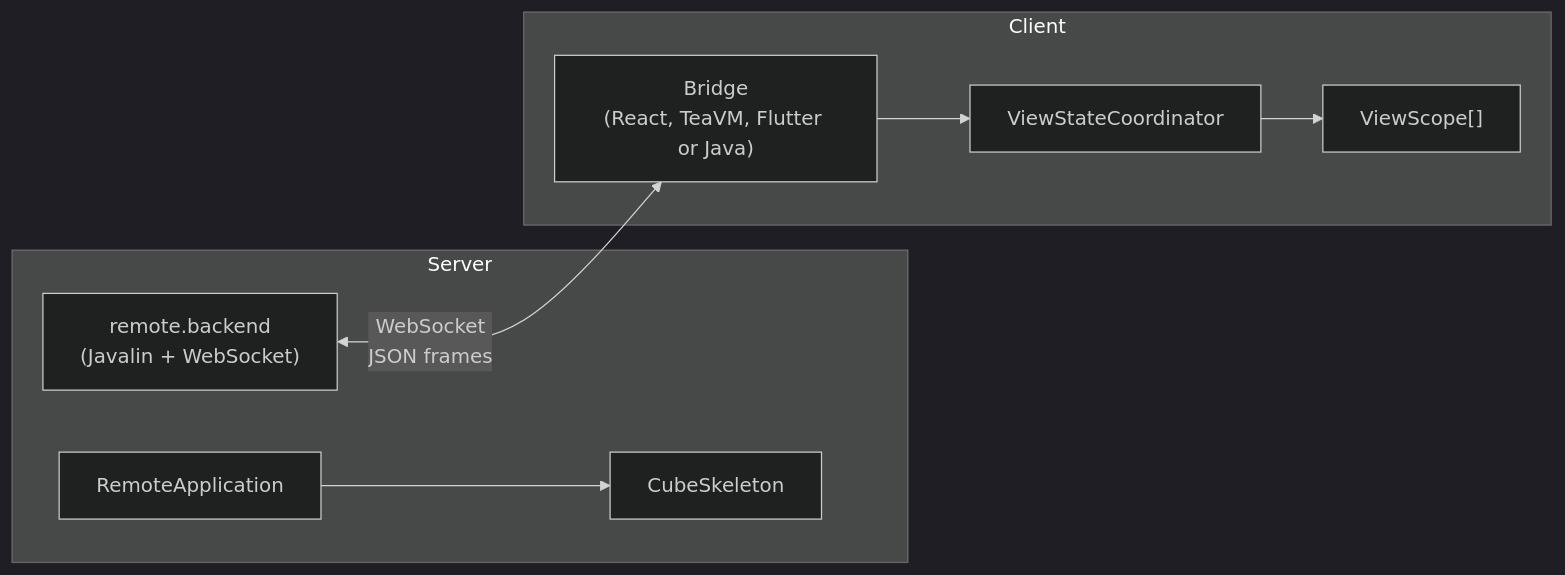
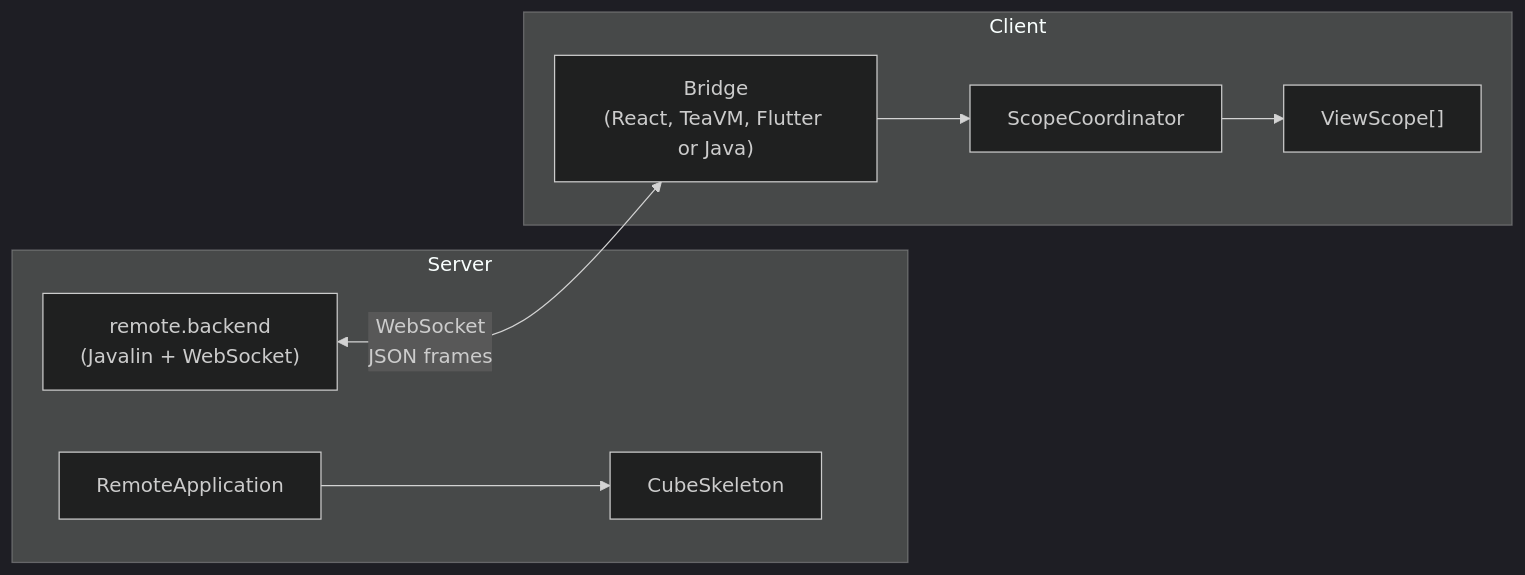
The diagram in fontes/br.com.wdc.framework/br.com.wdc.framework.cube.remote/README.md (mrcdom/wdc-cube-java-v2), drawn with Mermaid (dark theme) before and after one commit. The commit also changed other lines of this file and 222 other files, not shown here.

First line of the commit message:
♻️ [REFACTOR] ViewState becomes Scope in code, protocol and docs

````diff
--- a/fontes/br.com.wdc.framework/br.com.wdc.framework.cube.remote/README.md
+++ b/fontes/br.com.wdc.framework/br.com.wdc.framework.cube.remote/README.md
@@ -9,19 +9,19 @@
 ```mermaid
 graph LR
     subgraph Server
         Host["remote.backend<br/>(Javalin + WebSocket)"]
         App["RemoteApplication"]
         Skel["CubeSkeleton"]
     end
 
     subgraph Client
         Bridge["Bridge<br/>(React, TeaVM, Flutter or Java)"]
-        Coord["ViewStateCoordinator"]
+        Coord["ScopeCoordinator"]
         VS["ViewScope[]"]
     end
 
     Host <-->|"WebSocket<br/>JSON frames"| Bridge
     App --> Skel
     Bridge --> Coord
     Coord --> VS
 ```
````
